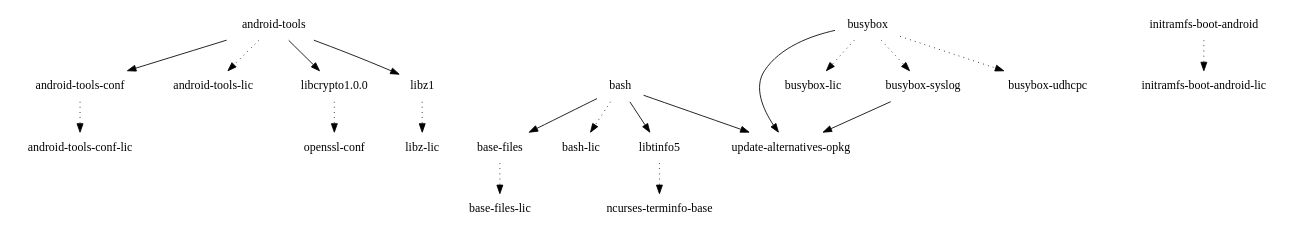
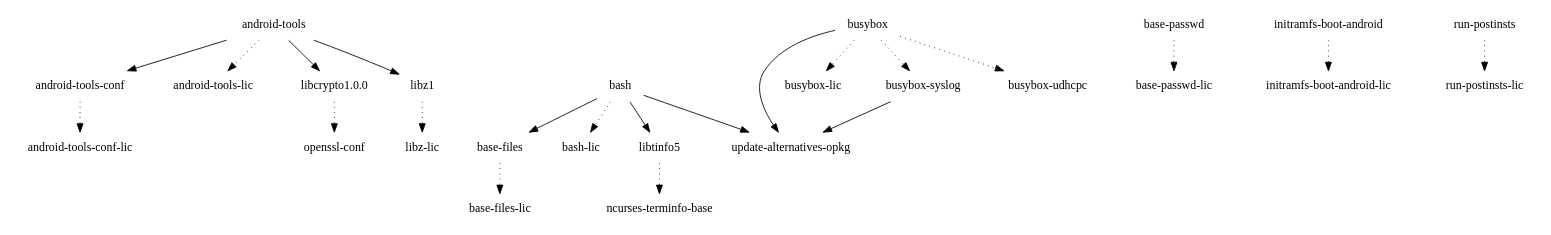
Before and after one commit to webOS-ports/buildhistory: the diagram in images/mako/glibc/initramfs-android-image/depends-nokernel-nolibc.dot, drawn with Graphviz. The commit also changed 8 other files, not shown here.

```diff
--- a/images/mako/glibc/initramfs-android-image/depends-nokernel-nolibc.dot
+++ b/images/mako/glibc/initramfs-android-image/depends-nokernel-nolibc.dot
@@ -1,22 +1,24 @@
 digraph depends {
     node [shape=plaintext]
 "android-tools" -> "android-tools-conf";
 "android-tools" -> "android-tools-lic" [style=dotted];
 "android-tools" -> "libcrypto1.0.0";
 "android-tools" -> "libz1";
 "android-tools-conf" -> "android-tools-conf-lic" [style=dotted];
 "base-files" -> "base-files-lic" [style=dotted];
+"base-passwd" -> "base-passwd-lic" [style=dotted];
 "bash" -> "base-files";
 "bash" -> "bash-lic" [style=dotted];
 "bash" -> "libtinfo5";
 "bash" -> "update-alternatives-opkg";
 "busybox" -> "busybox-lic" [style=dotted];
 "busybox" -> "busybox-syslog" [style=dotted];
 "busybox" -> "busybox-udhcpc" [style=dotted];
 "busybox" -> "update-alternatives-opkg";
 "busybox-syslog" -> "update-alternatives-opkg";
 "initramfs-boot-android" -> "initramfs-boot-android-lic" [style=dotted];
 "libcrypto1.0.0" -> "openssl-conf" [style=dotted];
 "libtinfo5" -> "ncurses-terminfo-base" [style=dotted];
 "libz1" -> "libz-lic" [style=dotted];
+"run-postinsts" -> "run-postinsts-lic" [style=dotted];
 }
```
